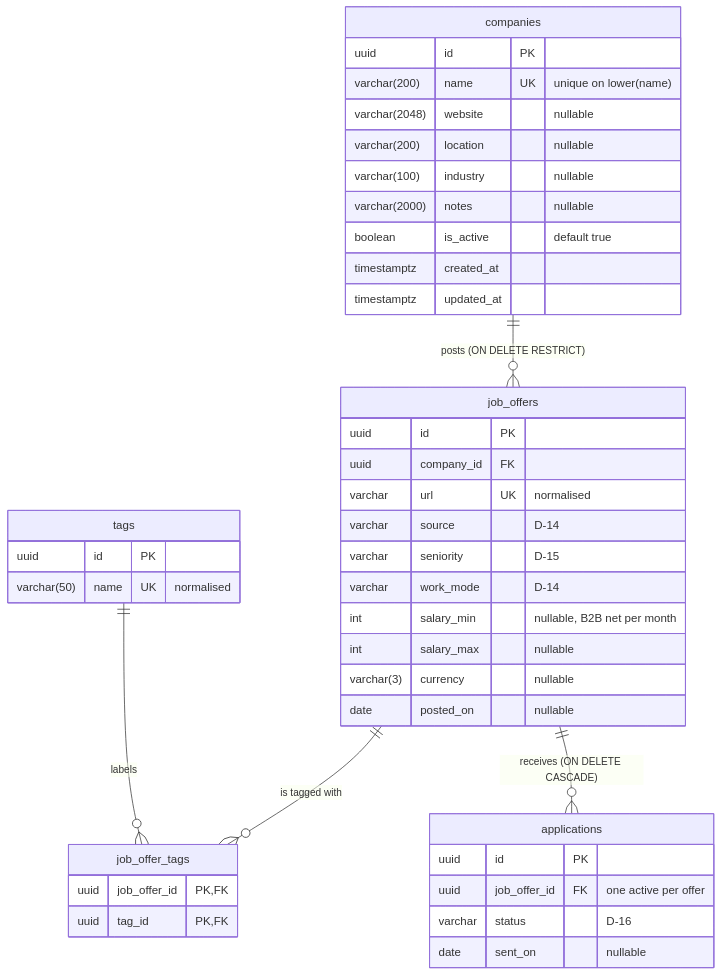
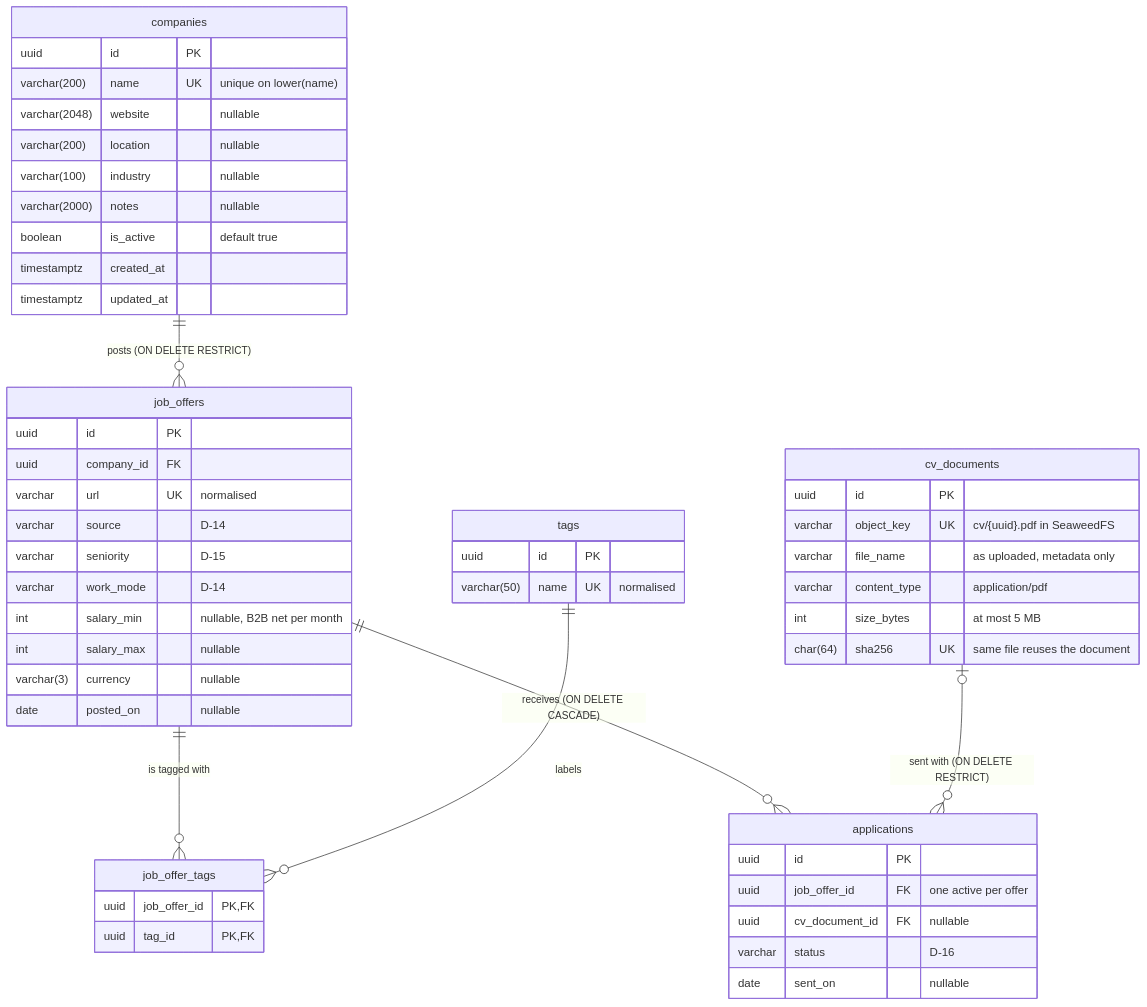
The diagram in docs/data-model.md (xwojziarnik/job-application-tracker), drawn with Mermaid before and after one commit. The commit also changed other lines of this file and 2 other files, not shown here.

Commit message:
docs: decide how to store CV versions (D-19)

````diff
--- a/docs/data-model.md
+++ b/docs/data-model.md
@@ -16,49 +17,60 @@
 ```mermaid
 erDiagram
     companies ||--o{ job_offers : "posts (ON DELETE RESTRICT)"
     job_offers ||--o{ job_offer_tags : "is tagged with"
     tags ||--o{ job_offer_tags : "labels"
     job_offers ||--o{ applications : "receives (ON DELETE CASCADE)"
+    cv_documents |o--o{ applications : "sent with (ON DELETE RESTRICT)"
 
     companies {
         uuid id PK
         varchar(200) name UK "unique on lower(name)"
         varchar(2048) website "nullable"
         varchar(200) location "nullable"
         varchar(100) industry "nullable"
         varchar(2000) notes "nullable"
         boolean is_active "default true"
         timestamptz created_at
         timestamptz updated_at
     }
 
     job_offers {
         uuid id PK
         uuid company_id FK
         varchar url UK "normalised"
         varchar source "D-14"
         varchar seniority "D-15"
         varchar work_mode "D-14"
         int salary_min "nullable, B2B net per month"
         int salary_max "nullable"
         varchar(3) currency "nullable"
         date posted_on "nullable"
     }
 
     tags {
         uuid id PK
         varchar(50) name UK "normalised"
     }
 
     job_offer_tags {
         uuid job_offer_id PK, FK
         uuid tag_id PK, FK
     }
 
     applications {
         uuid id PK
         uuid job_offer_id FK "one active per offer"
+        uuid cv_document_id FK "nullable"
         varchar status "D-16"
         date sent_on "nullable"
     }
+
+    cv_documents {
+        uuid id PK
+        varchar object_key UK "cv/{uuid}.pdf in SeaweedFS"
+        varchar file_name "as uploaded, metadata only"
+        varchar content_type "application/pdf"
+        int size_bytes "at most 5 MB"
+        char(64) sha256 UK "same file reuses the document"
+    }
 ```
````
